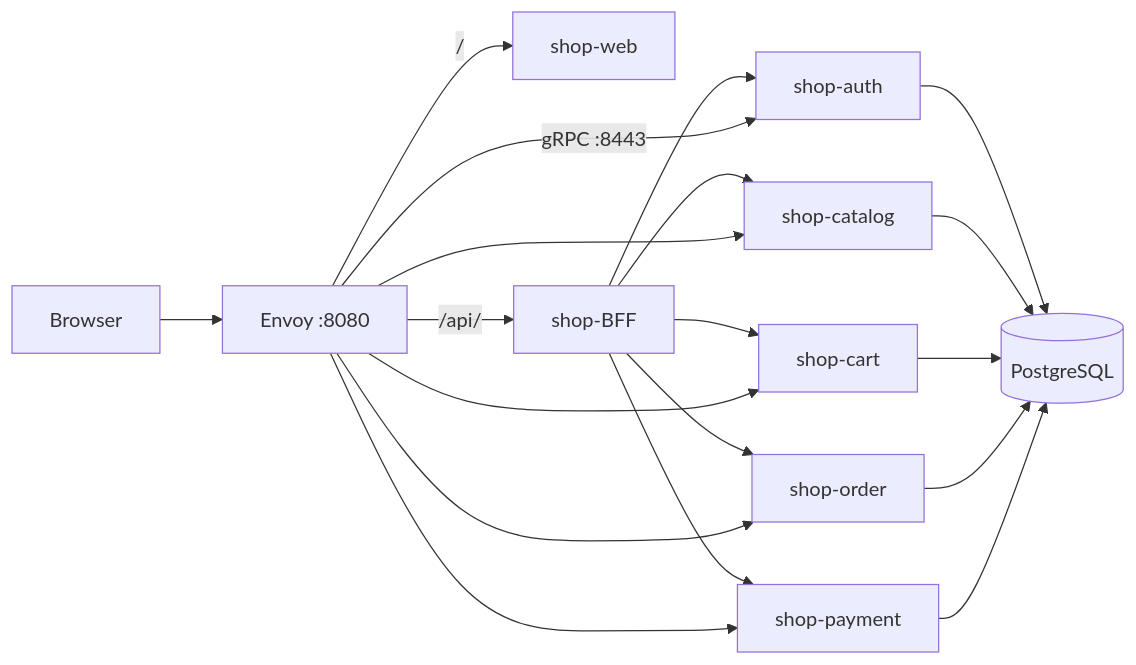
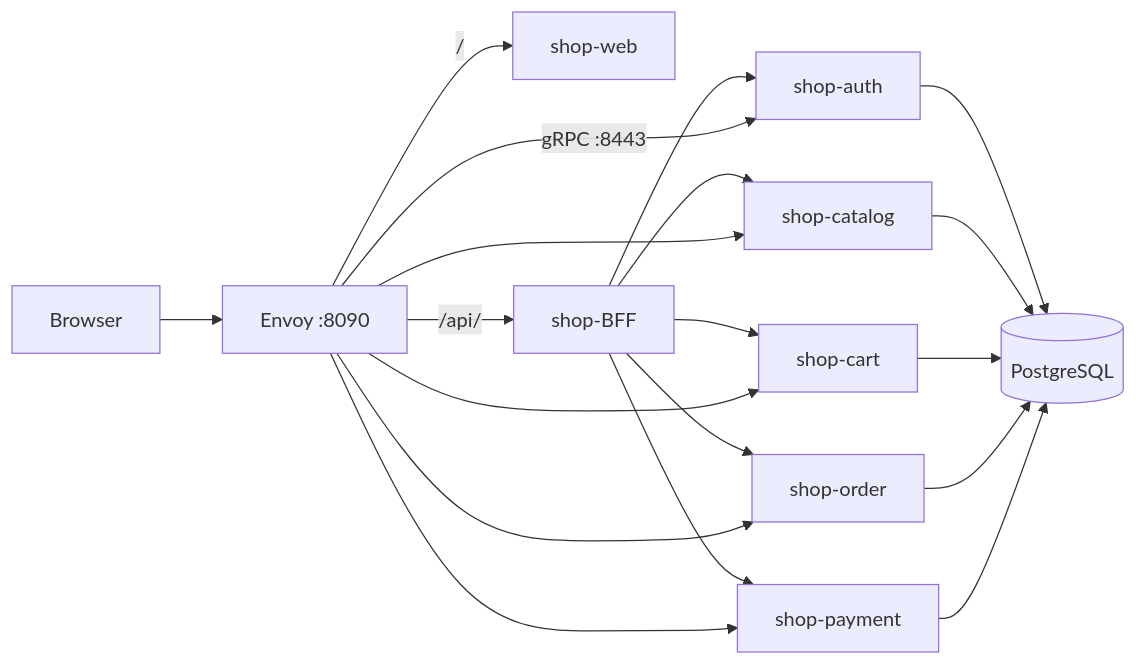
The diagram in README.md (repeter513/Nocturne-Shop), drawn with Mermaid before and after one commit. The commit also changed other lines of this file and 7 other files, not shown here.

````diff
--- a/README.md
+++ b/README.md
@@ -98,21 +98,21 @@
 ```mermaid
 flowchart LR
-  Browser --> Envoy[Envoy :8080]
+  Browser --> Envoy[Envoy :8090]
   Envoy -->|"/"| Web[shop-web]
   Envoy -->|"/api/"| BFF[shop-BFF]
   BFF --> Auth[shop-auth]
   BFF --> Catalog[shop-catalog]
   BFF --> Cart[shop-cart]
   BFF --> Order[shop-order]
   BFF --> Payment[shop-payment]
   Envoy -->|gRPC :8443| Auth
   Envoy --> Catalog
   Envoy --> Cart
   Envoy --> Order
   Envoy --> Payment
   Auth --> PG[(PostgreSQL)]
   Catalog --> PG
   Cart --> PG
   Order --> PG
   Payment --> PG
 ```
````
